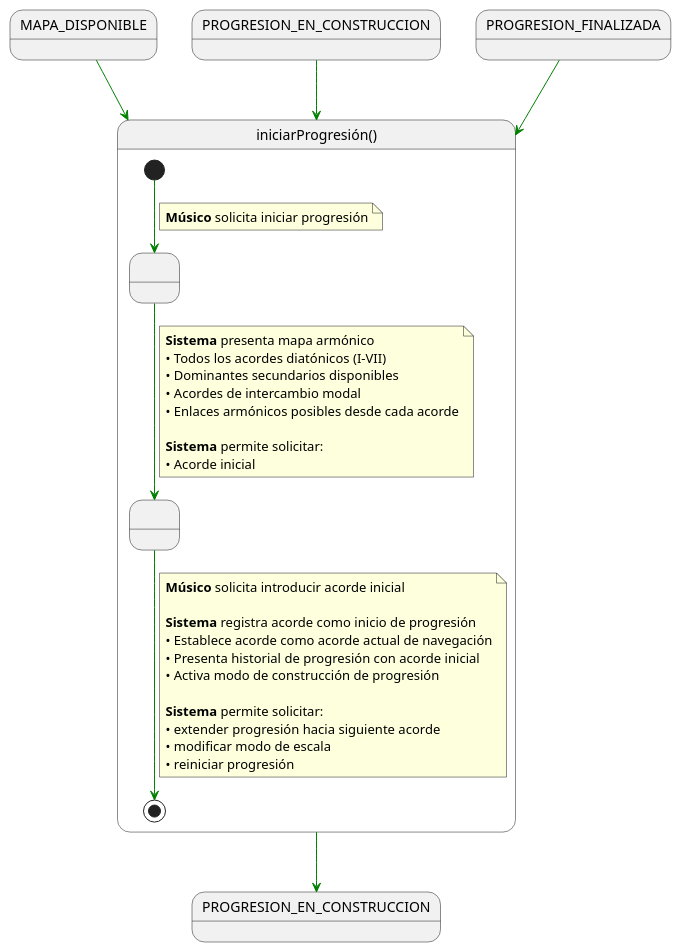
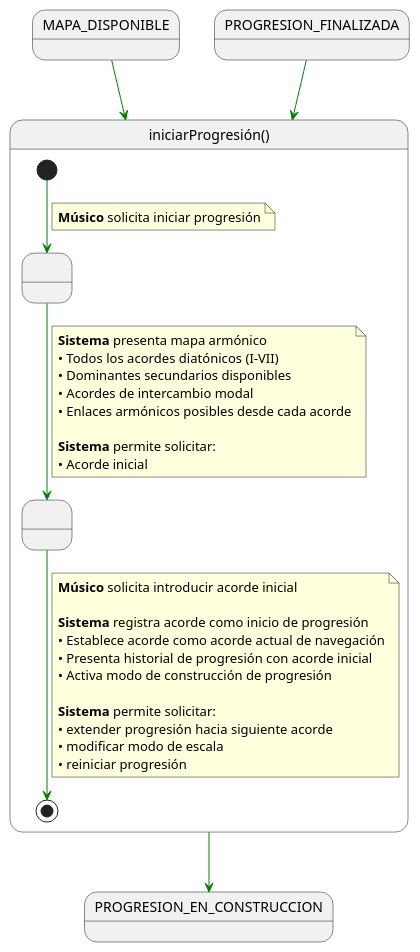
Before and after one commit to mmasias/mmasias: the diagram in music/cQuintas/RUP/00-casos-uso/01-actores-casos-uso/00-detalle/iniciarProgresion/especificacion.puml, drawn with PlantUML. The commit also changed 3 other files, not shown here.

```diff
--- a/music/cQuintas/RUP/00-casos-uso/01-actores-casos-uso/00-detalle/iniciarProgresion/especificacion.puml
+++ b/music/cQuintas/RUP/00-casos-uso/01-actores-casos-uso/00-detalle/iniciarProgresion/especificacion.puml
@@ -1,52 +1,49 @@
 @startuml iniciarProgresion
 
 skinparam linetype polyline
 
-
 MAPA_DISPONIBLE -[#green]-> iniciarProgresion
-state PROGRESION_EN_CONSTRUCCION_2 as "PROGRESION_EN_CONSTRUCCION"
-PROGRESION_EN_CONSTRUCCION_2 -[#green]-> iniciarProgresion
 PROGRESION_FINALIZADA -[#green]-> iniciarProgresion
 
 state iniciarProgresion as "iniciarProgresión()" {
 
     state " " as SeleccionandoAcorde
     state " " as ProgresionIniciada
 
     [*] -[#green]-> SeleccionandoAcorde
     note on link
     <b>Músico</b> solicita iniciar progresión
     end note
 
     SeleccionandoAcorde -[#green]-> ProgresionIniciada
     note on link
     <b>Sistema</b> presenta mapa armónico
     • Todos los acordes diatónicos (I-VII)
     • Dominantes secundarios disponibles
     • Acordes de intercambio modal
     • Enlaces armónicos posibles desde cada acorde
 
     <b>Sistema</b> permite solicitar:
     • Acorde inicial
     end note
 
     ProgresionIniciada -[#green]-> [*]
     note on link
     <b>Músico</b> solicita introducir acorde inicial
 
     <b>Sistema</b> registra acorde como inicio de progresión
     • Establece acorde como acorde actual de navegación
     • Presenta historial de progresión con acorde inicial
     • Activa modo de construcción de progresión
 
     <b>Sistema</b> permite solicitar:
     • extender progresión hacia siguiente acorde
     • modificar modo de escala
     • reiniciar progresión
     end note
 
 }
 
 iniciarProgresion -[#green]-> PROGRESION_EN_CONSTRUCCION
 
 @enduml
```
